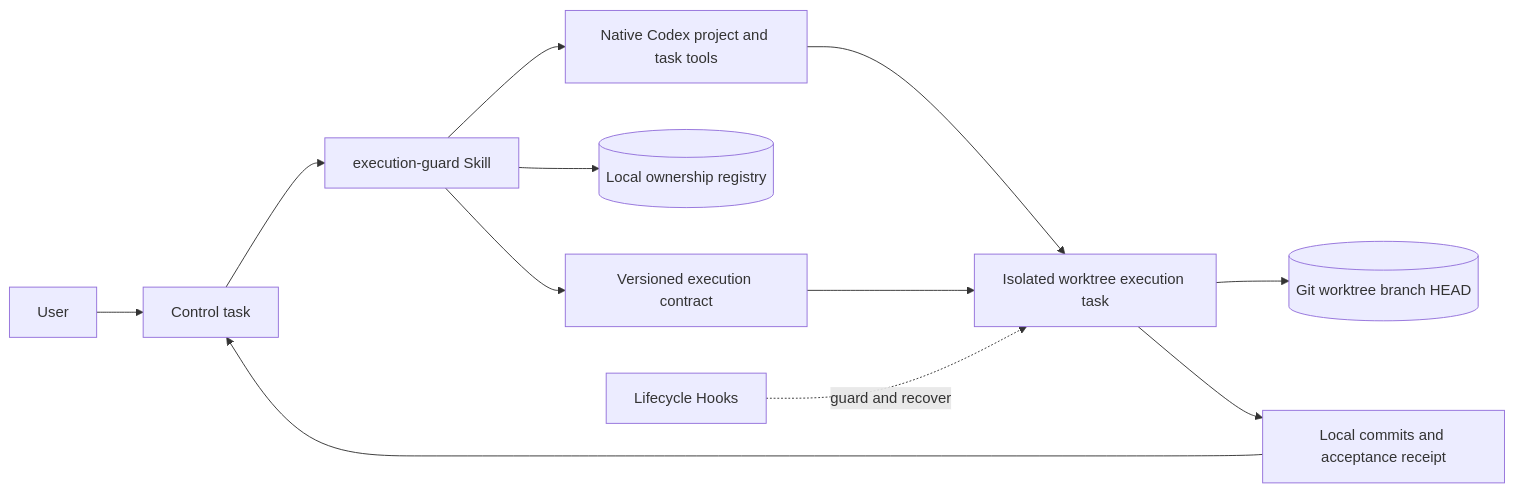
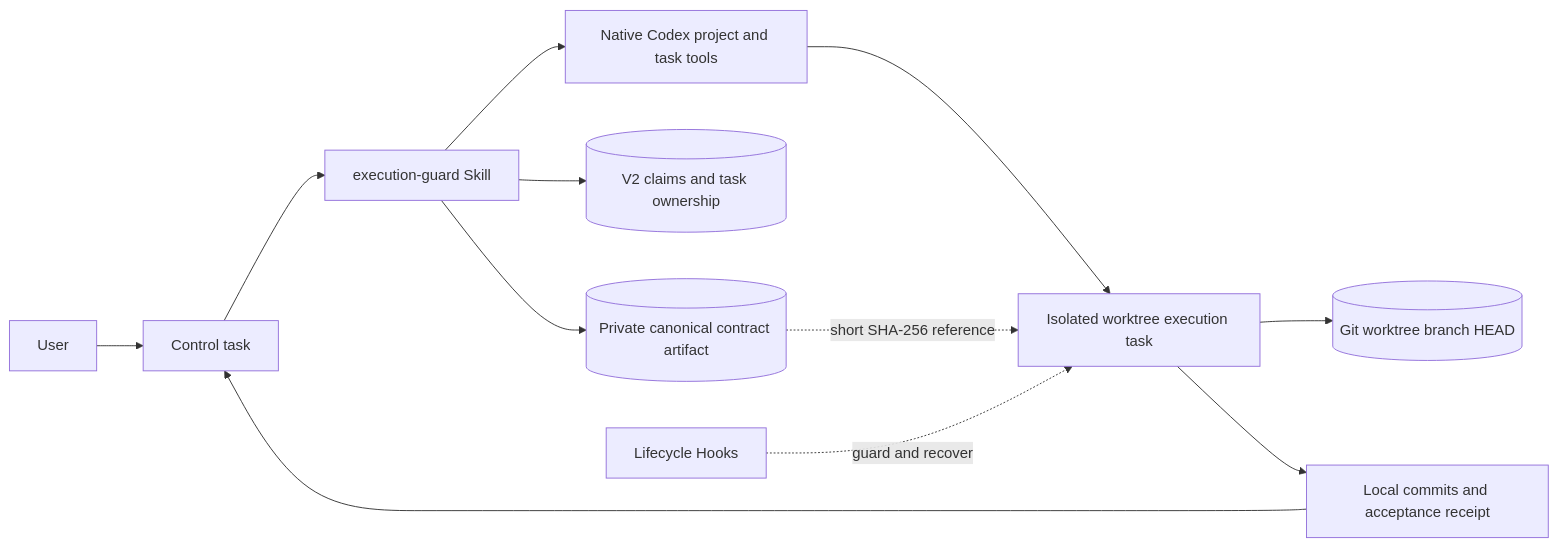
One commit to AKin-lvyifang/codex-execution-guard changed the diagram in docs/ARCHITECTURE.en.md. Above: the diagram before and after it, drawn with Mermaid. The commit also changed other lines of this file and 17 other files, not shown here.

Commit message:
fix: make guard handoffs private and task creation idempotent

````diff
--- a/docs/ARCHITECTURE.en.md
+++ b/docs/ARCHITECTURE.en.md
@@ -20,14 +20,14 @@
 ```mermaid
 flowchart LR
     U[User] --> C[Control task]
     C --> S[execution-guard Skill]
     S --> N[Native Codex project and task tools]
-    S --> R[(Local ownership registry)]
+    S --> R[(V2 claims and task ownership)]
     N --> T[Isolated worktree execution task]
-    S --> X[Versioned execution contract]
-    X --> T
+    S --> X[(Private canonical contract artifact)]
+    X -.short SHA-256 reference.-> T
     H[Lifecycle Hooks] -.guard and recover.-> T
     T --> G[(Git worktree branch HEAD)]
     T --> E[Local commits and acceptance receipt]
     E --> C
 ```
````
